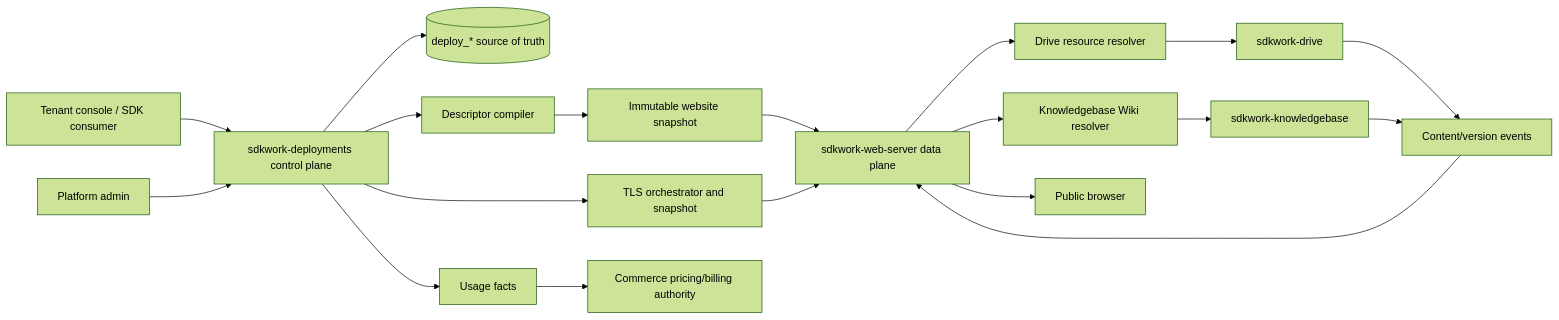
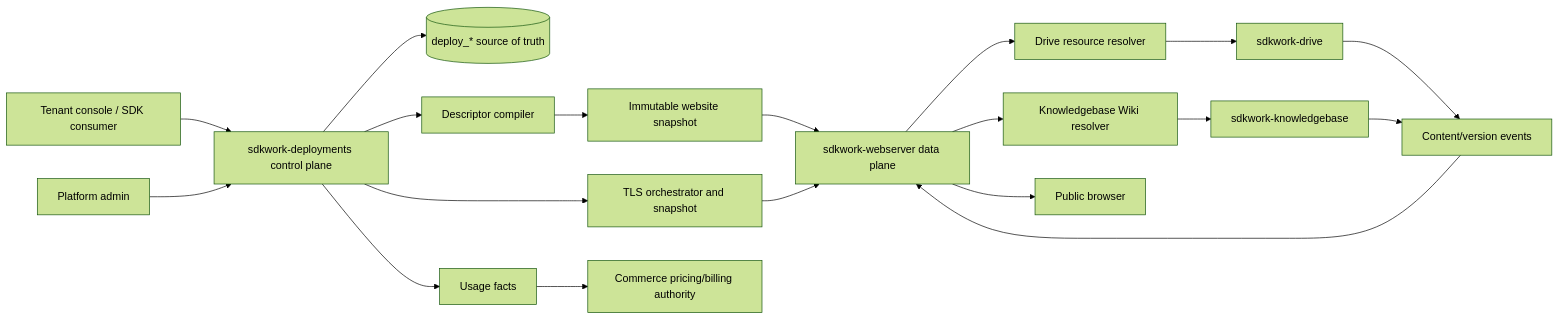
The diagram in docs/architecture/decisions/ADR-20260721-unified-cloud-site-publishing-control-plane.md (Sdkwork-Cloud/sdkwork-deployments), drawn with Mermaid (forest theme) before and after one commit. The commit also changed other lines of this file and 36 other files, not shown here.

````diff
--- a/docs/architecture/decisions/ADR-20260721-unified-cloud-site-publishing-control-plane.md
+++ b/docs/architecture/decisions/ADR-20260721-unified-cloud-site-publishing-control-plane.md
@@ -67,21 +67,21 @@
 ```mermaid
 flowchart LR
   User["Tenant console / SDK consumer"] --> Deploy["sdkwork-deployments control plane"]
   Admin["Platform admin"] --> Deploy
   Deploy --> DB[("deploy_* source of truth")]
   Deploy --> Compiler["Descriptor compiler"]
   Compiler --> Config["Immutable website snapshot"]
   Deploy --> TLS["TLS orchestrator and snapshot"]
-  Config --> Web["sdkwork-web-server data plane"]
+  Config --> Web["sdkwork-webserver data plane"]
   TLS --> Web
   Web --> DrivePort["Drive resource resolver"]
   Web --> KBPort["Knowledgebase Wiki resolver"]
   DrivePort --> Drive["sdkwork-drive"]
   KBPort --> KB["sdkwork-knowledgebase"]
   Drive --> Events["Content/version events"]
   KB --> Events
   Events --> Web
   Web --> Reader["Public browser"]
   Deploy --> Usage["Usage facts"]
   Usage --> Commerce["Commerce pricing/billing authority"]
 ```
````
